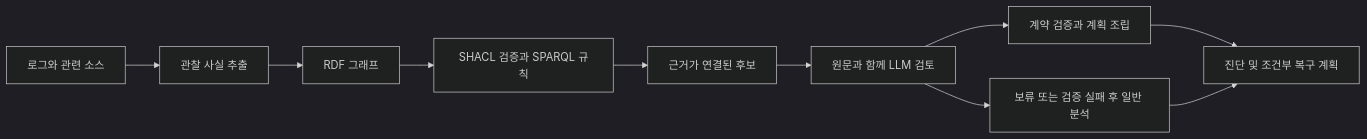
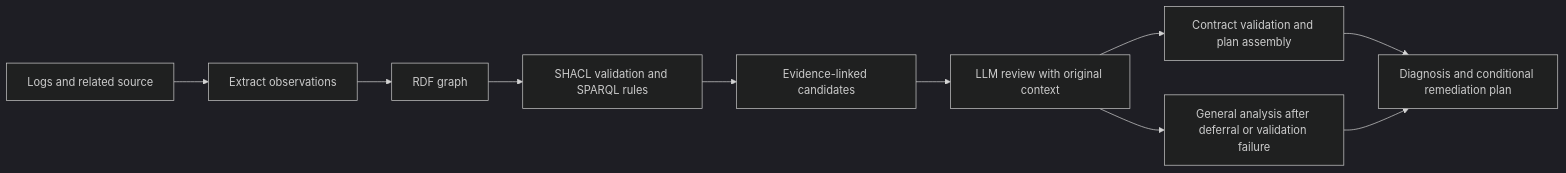
The diagram in docs/METHOD.md (kimhwan1103/graph-assisted-error-diagnosis), drawn with Mermaid (dark theme) before and after one commit. The commit also changed other lines of this file and 18 other files, not shown here.

````diff
--- a/docs/METHOD.md
+++ b/docs/METHOD.md
@@ -5,12 +5,12 @@
 ```mermaid
 flowchart LR
-    I[로그와 관련 소스] --> F[관찰 사실 추출]
-    F --> G[RDF 그래프]
-    G --> V[SHACL 검증과 SPARQL 규칙]
-    V --> C[근거가 연결된 후보]
-    C --> L[원문과 함께 LLM 검토]
-    L --> A[계약 검증과 계획 조립]
-    L --> B[보류 또는 검증 실패 후 일반 분석]
-    A --> O[진단 및 조건부 복구 계획]
+    I[Logs and related source] --> F[Extract observations]
+    F --> G[RDF graph]
+    G --> V[SHACL validation and SPARQL rules]
+    V --> C[Evidence-linked candidates]
+    C --> L[LLM review with original context]
+    L --> A[Contract validation and plan assembly]
+    L --> B[General analysis after deferral or validation failure]
+    A --> O[Diagnosis and conditional remediation plan]
     B --> O
 ```
````
